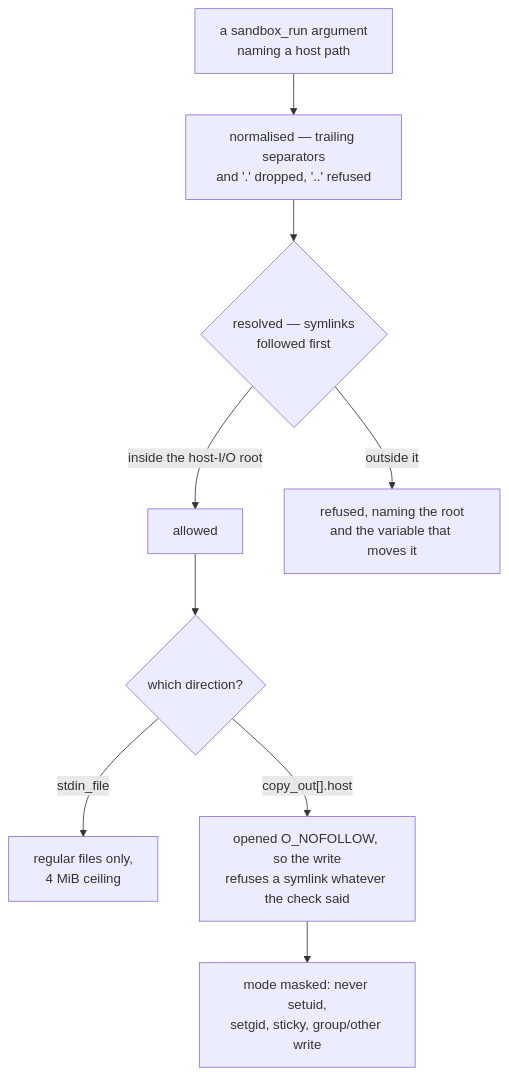
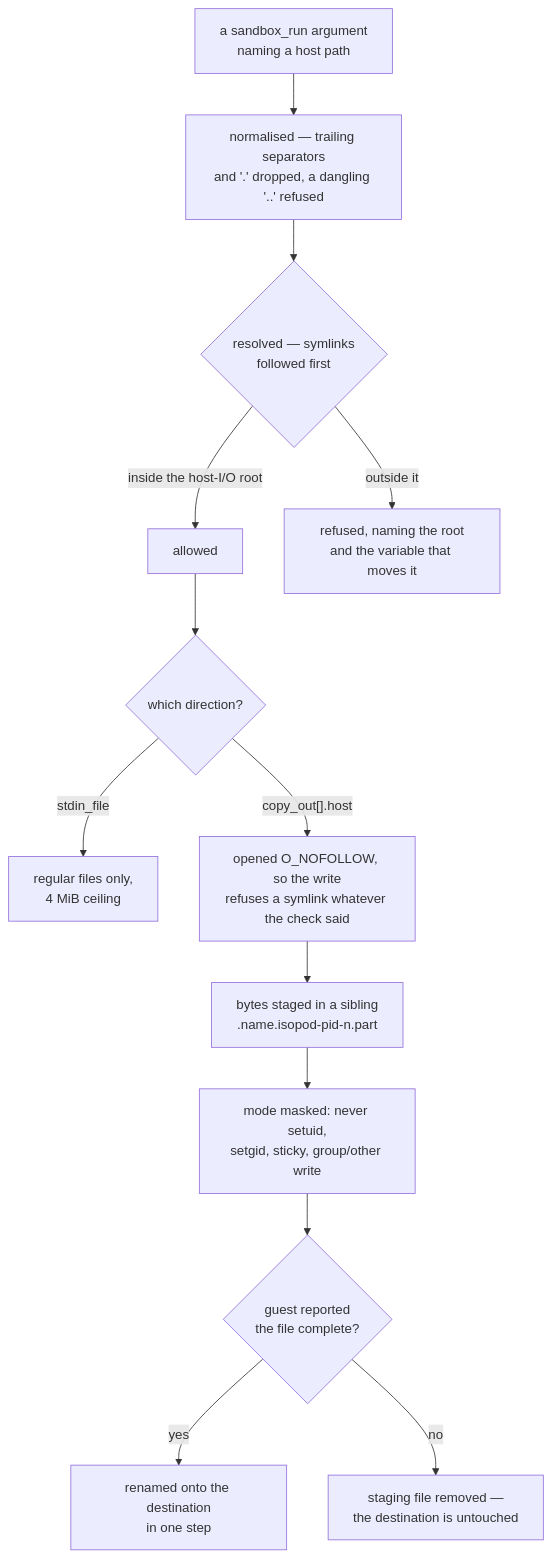
Before and after one commit to me1iissa/isopod: the third of 3 diagrams in docs/mcp-usage.md, drawn with Mermaid. The commit also changed other lines of this file and 7 other files, not shown here.

````diff
--- a/docs/mcp-usage.md
+++ b/docs/mcp-usage.md
@@ -263,11 +263,15 @@
 ```mermaid
 flowchart TB
-    C["a sandbox_run argument<br/>naming a host path"] --> N["normalised — trailing separators<br/>and '.' dropped, '..' refused"]
+    C["a sandbox_run argument<br/>naming a host path"] --> N["normalised — trailing separators<br/>and '.' dropped, a dangling '..' refused"]
     N --> R{"resolved — symlinks<br/>followed first"}
     R -->|"inside the host-I/O root"| OK["allowed"]
     R -->|"outside it"| NO["refused, naming the root<br/>and the variable that moves it"]
     OK --> M{"which direction?"}
     M -->|"stdin_file"| RD["regular files only,<br/>4 MiB ceiling"]
     M -->|"copy_out[].host"| WR["opened O_NOFOLLOW, so the write<br/>refuses a symlink whatever the check said"]
-    WR --> MO["mode masked: never setuid,<br/>setgid, sticky, group/other write"]
+    WR --> ST["bytes staged in a sibling<br/>.name.isopod-pid-n.part"]
+    ST --> MO["mode masked: never setuid,<br/>setgid, sticky, group/other write"]
+    MO --> RN{"guest reported<br/>the file complete?"}
+    RN -->|"yes"| PUB["renamed onto the destination<br/>in one step"]
+    RN -->|"no"| DEL["staging file removed —<br/>the destination is untouched"]
 ```
````
